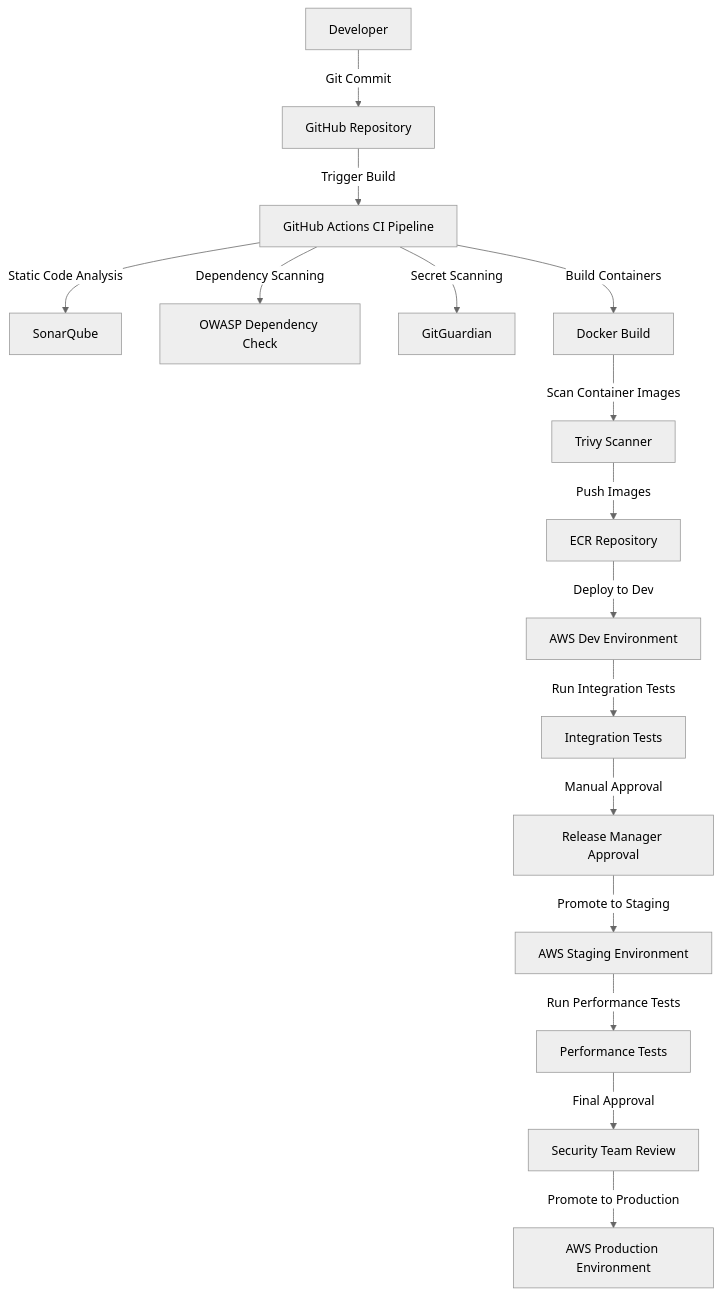
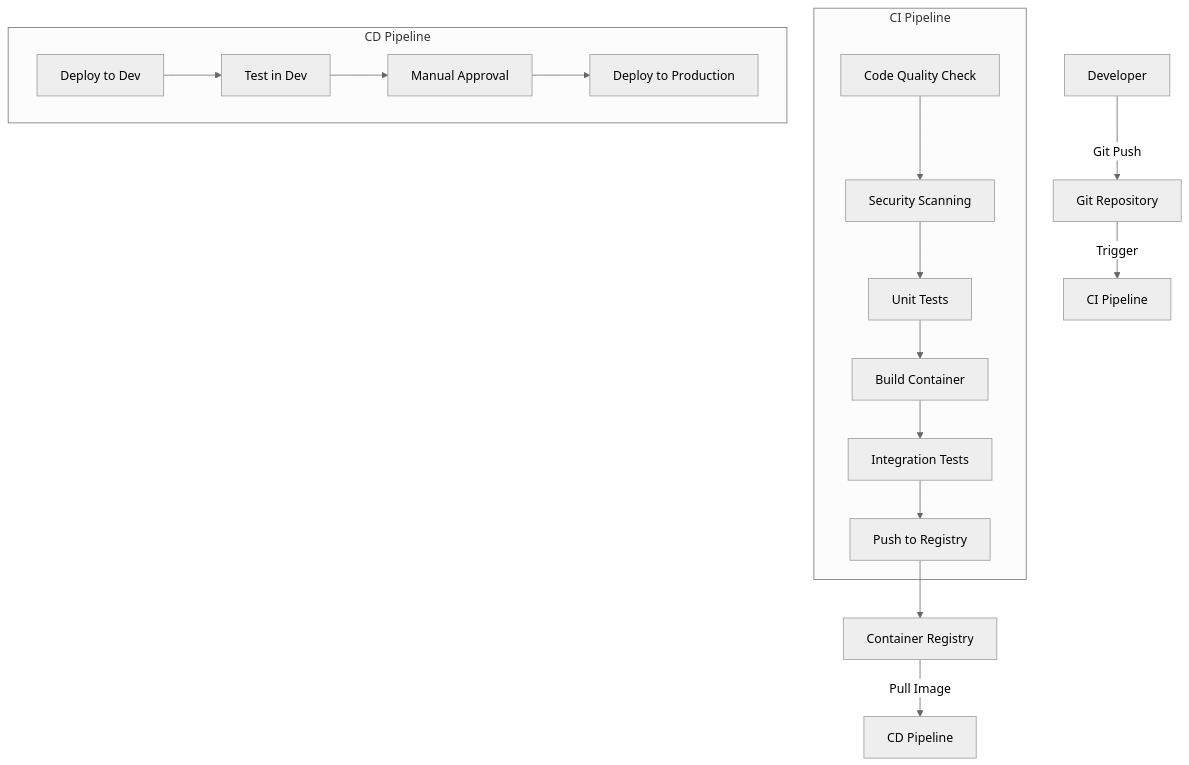
Before and after one commit to xvnpw/ai-security-analyzer: the fourth of 4 diagrams in examples/file-sec-design-ai-nutrition-pro-anthropicclaude-3.7-sonnetthinking.md, drawn with Mermaid (neutral theme). The commit also changed other lines of this file and 30 other files, not shown here.

````diff
--- a/examples/file-sec-design-ai-nutrition-pro-anthropicclaude-3.7-sonnetthinking.md
+++ b/examples/file-sec-design-ai-nutrition-pro-anthropicclaude-3.7-sonnetthinking.md
@@ -229,18 +185,22 @@
 ```mermaid
-graph TD
-    A[Developer] -->|Git Commit| B[GitHub Repository]
-    B -->|Trigger Build| C[GitHub Actions CI Pipeline]
-    C -->|Static Code Analysis| D[SonarQube]
-    C -->|Dependency Scanning| E[OWASP Dependency Check]
-    C -->|Secret Scanning| F[GitGuardian]
-    C -->|Build Containers| G[Docker Build]
-    G -->|Scan Container Images| H[Trivy Scanner]
-    H -->|Push Images| I[ECR Repository]
-    I -->|Deploy to Dev| J[AWS Dev Environment]
-    J -->|Run Integration Tests| K[Integration Tests]
-    K -->|Manual Approval| L[Release Manager Approval]
-    L -->|Promote to Staging| M[AWS Staging Environment]
-    M -->|Run Performance Tests| N[Performance Tests]
-    N -->|Final Approval| O[Security Team Review]
-    O -->|Promote to Production| P[AWS Production Environment]
+flowchart TB
+    Dev[Developer] -- Git Push --> GitRepo[Git Repository]
+    GitRepo -- Trigger --> CI[CI Pipeline]
+
+    subgraph "CI Pipeline"
+        CodeCheck[Code Quality Check] --> SecScan[Security Scanning]
+        SecScan --> UnitTest[Unit Tests]
+        UnitTest --> Build[Build Container]
+        Build --> IntTest[Integration Tests]
+        IntTest --> PushImage[Push to Registry]
+    end
+
+    PushImage --> Registry[Container Registry]
+    Registry -- Pull Image --> CD[CD Pipeline]
+
+    subgraph "CD Pipeline"
+        DeployDev[Deploy to Dev] --> TestDev[Test in Dev]
+        TestDev --> Approval[Manual Approval]
+        Approval --> DeployProd[Deploy to Production]
+    end
 ```
````
